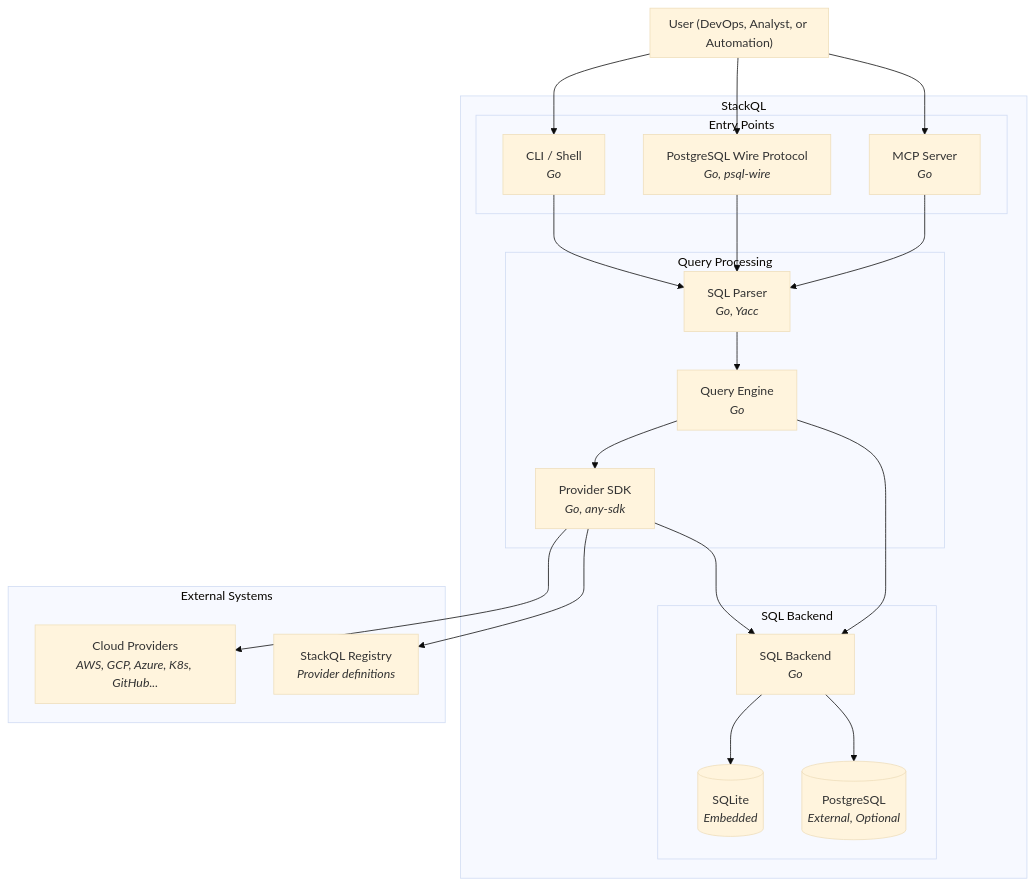
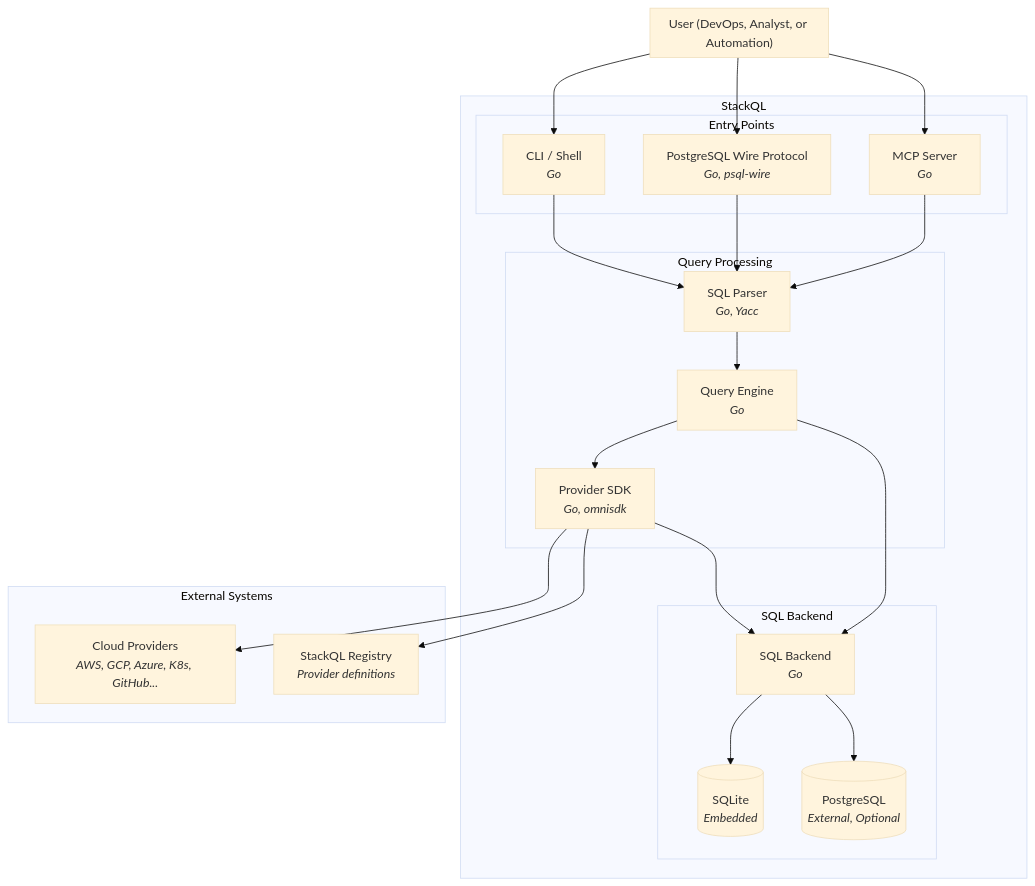
One commit to stackql/stackql.io changed the diagram in docs/developers/architecture.md. Above: the diagram before and after it, drawn with Mermaid (base theme). The commit also changed other lines of this file and 44 other files, not shown here.

````diff
--- a/docs/developers/architecture.md
+++ b/docs/developers/architecture.md
@@ -21,50 +21,50 @@
 ```mermaid
 flowchart TB
     subgraph User["User (DevOps, Analyst, or Automation)"]
         direction LR
     end
 
     subgraph StackQL["StackQL"]
         subgraph EntryPoints["Entry Points"]
             CLI["CLI / Shell<br/><i>Go</i>"]
             PGWire["PostgreSQL Wire Protocol<br/><i>Go, psql-wire</i>"]
             MCP["MCP Server<br/><i>Go</i>"]
         end
 
         subgraph Processing["Query Processing"]
             Parser["SQL Parser<br/><i>Go, Yacc</i>"]
             QueryEngine["Query Engine<br/><i>Go</i>"]
-            SDK["Provider SDK<br/><i>Go, any-sdk</i>"]
+            SDK["Provider SDK<br/><i>Go, omnisdk</i>"]
         end
 
         subgraph Backend["SQL Backend"]
             SQLBackend["SQL Backend<br/><i>Go</i>"]
             SQLite[("SQLite<br/><i>Embedded</i>")]
             Postgres[("PostgreSQL<br/><i>External, Optional</i>")]
         end
     end
 
     subgraph External["External Systems"]
         Providers["Cloud Providers<br/><i>AWS, GCP, Azure, K8s, GitHub...</i>"]
         Registry["StackQL Registry<br/><i>Provider definitions</i>"]
     end
 
     User --> CLI
     User --> PGWire
     User --> MCP
 
     CLI --> Parser
     PGWire --> Parser
     MCP --> Parser
 
     Parser --> QueryEngine
     QueryEngine --> SDK
     QueryEngine --> SQLBackend
 
     SDK --> Providers
     SDK --> Registry
     SDK --> SQLBackend
 
     SQLBackend --> SQLite
     SQLBackend --> Postgres
 ```
````
